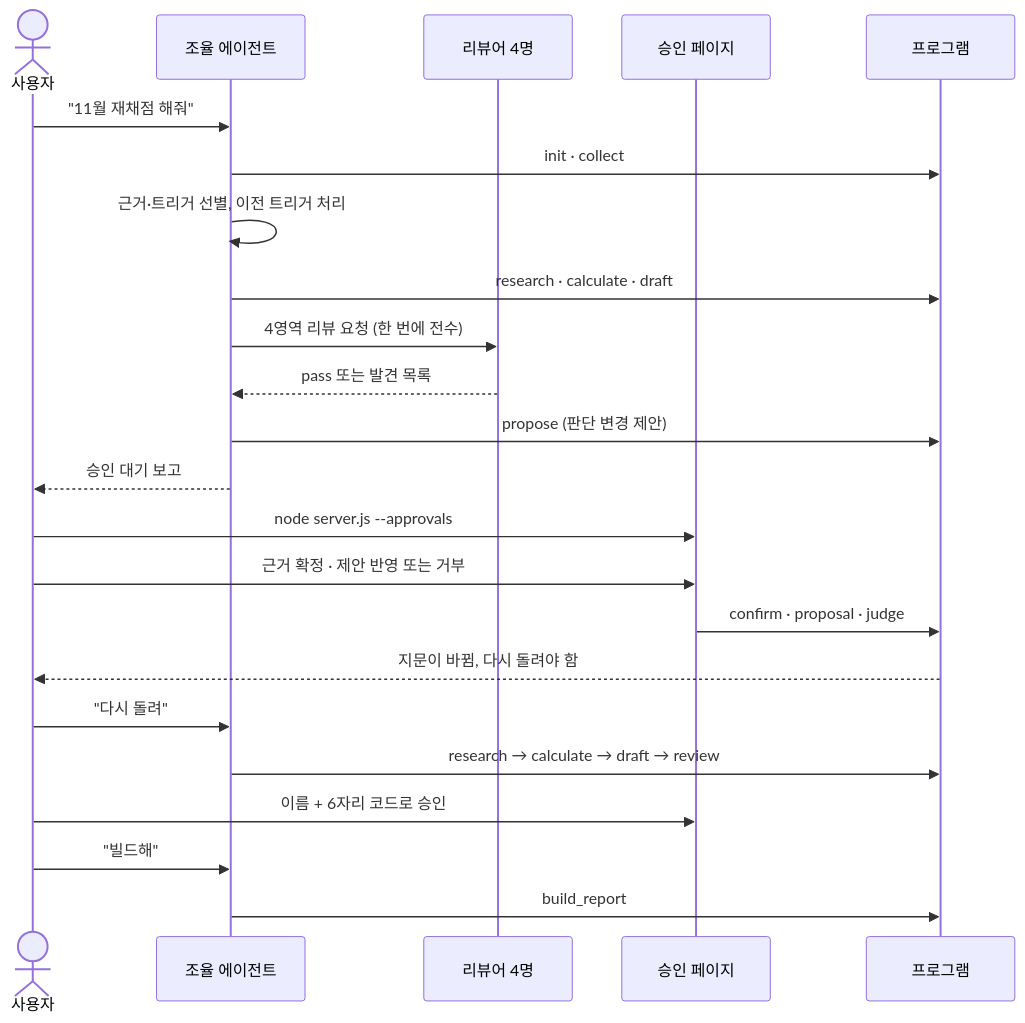
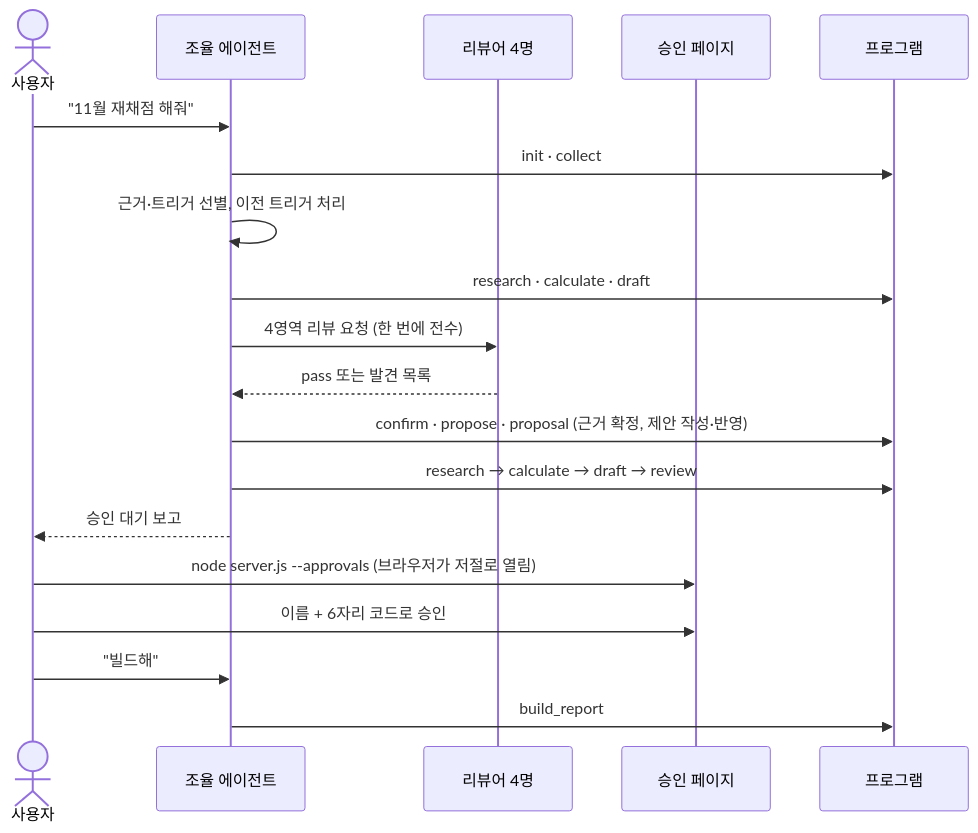
Before and after one commit to HANSOLJJ/stock-report-harness: the second of 6 diagrams in docs/scorecard/guide.md, drawn with Mermaid. The commit also changed other lines of this file and 4 other files, not shown here.

````diff
--- a/docs/scorecard/guide.md
+++ b/docs/scorecard/guide.md
@@ -37,25 +38,21 @@
 ```mermaid
 sequenceDiagram
     actor U as 사용자
     participant A as 조율 에이전트
     participant R as 리뷰어 4명
     participant P as 승인 페이지
     participant C as 프로그램
     U->>A: "11월 재채점 해줘"
     A->>C: init · collect
     A->>A: 근거·트리거 선별, 이전 트리거 처리
     A->>C: research · calculate · draft
     A->>R: 4영역 리뷰 요청 (한 번에 전수)
     R-->>A: pass 또는 발견 목록
-    A->>C: propose (판단 변경 제안)
+    A->>C: confirm · propose · proposal (근거 확정, 제안 작성·반영)
+    A->>C: research → calculate → draft → review
     A-->>U: 승인 대기 보고
-    U->>P: node server.js --approvals
-    U->>P: 근거 확정 · 제안 반영 또는 거부
-    P->>C: confirm · proposal · judge
-    C-->>U: 지문이 바뀜, 다시 돌려야 함
-    U->>A: "다시 돌려"
-    A->>C: research → calculate → draft → review
+    U->>P: node server.js --approvals (브라우저가 저절로 열림)
     U->>P: 이름 + 6자리 코드로 승인
     U->>A: "빌드해"
     A->>C: build_report
 ```
````
